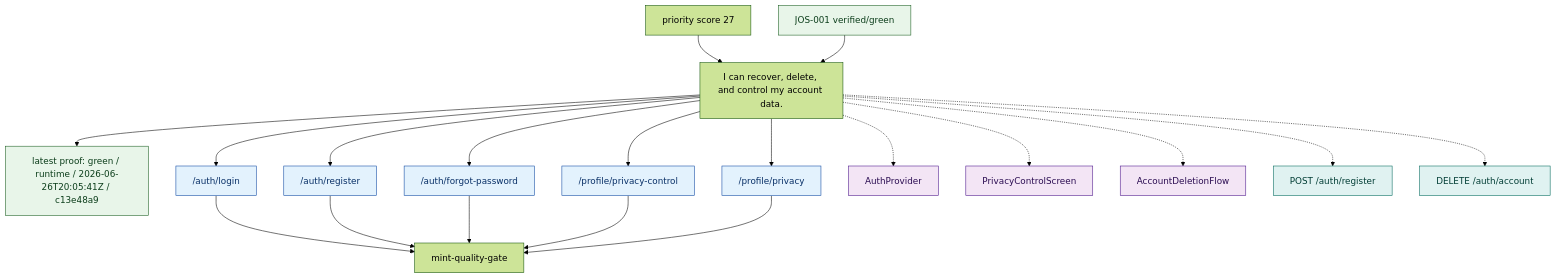
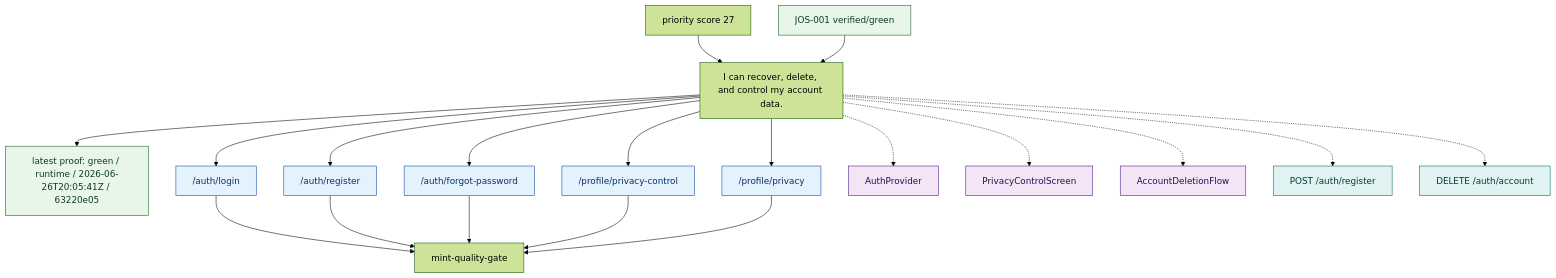
One commit to MINT-IA/MINT changed the diagram in .planning/journeys/diagrams/account_lifecycle_delete.mmd. Above: the diagram before and after it, drawn with Mermaid (forest theme). The commit also changed 10 other files, not shown here.

```diff
--- a/.planning/journeys/diagrams/account_lifecycle_delete.mmd
+++ b/.planning/journeys/diagrams/account_lifecycle_delete.mmd
@@ -1,55 +1,55 @@
 %% Generated from .planning/journeys/records/account_lifecycle_delete.json
 flowchart TD
   promise["I can recover, delete, and control my account data."]
   team["mint-quality-gate"]
-  latest["latest proof: green / runtime / 2026-06-26T20:05:41Z / c13e48a9"]
+  latest["latest proof: green / runtime / 2026-06-26T20:05:41Z / 63220e05"]
   promise --> latest
   classDef green fill:#e8f5e9,stroke:#1b5e20,color:#0b3d1a;
   classDef red fill:#ffebee,stroke:#b71c1c,color:#5f1111;
   classDef amber fill:#fff8e1,stroke:#ff8f00,color:#5f3b00;
   classDef blocked fill:#eceff1,stroke:#455a64,color:#263238;
   classDef neutral fill:#f5f5f5,stroke:#616161,color:#212121;
   classDef route fill:#e3f2fd,stroke:#0d47a1,color:#082f66;
   classDef surface fill:#f3e5f5,stroke:#4a148c,color:#2b0d52;
   classDef api fill:#e0f2f1,stroke:#00695c,color:#003d35;
   class latest green
   priority["priority score 27"]
   priority --> promise
   route_auth_login["/auth/login"]
   promise --> route_auth_login
   route_auth_login --> team
   class route_auth_login route
   route_auth_register["/auth/register"]
   promise --> route_auth_register
   route_auth_register --> team
   class route_auth_register route
   route_auth_forgot_password["/auth/forgot-password"]
   promise --> route_auth_forgot_password
   route_auth_forgot_password --> team
   class route_auth_forgot_password route
   route_profile_privacy_control["/profile/privacy-control"]
   promise --> route_profile_privacy_control
   route_profile_privacy_control --> team
   class route_profile_privacy_control route
   route_profile_privacy["/profile/privacy"]
   promise --> route_profile_privacy
   route_profile_privacy --> team
   class route_profile_privacy route
   surface_AuthProvider["AuthProvider"]
   promise -.-> surface_AuthProvider
   class surface_AuthProvider surface
   surface_PrivacyControlScreen["PrivacyControlScreen"]
   promise -.-> surface_PrivacyControlScreen
   class surface_PrivacyControlScreen surface
   surface_AccountDeletionFlow["AccountDeletionFlow"]
   promise -.-> surface_AccountDeletionFlow
   class surface_AccountDeletionFlow surface
   api_POST_auth_register["POST /auth/register"]
   promise -.-> api_POST_auth_register
   class api_POST_auth_register api
   api_DELETE_auth_account["DELETE /auth/account"]
   promise -.-> api_DELETE_auth_account
   class api_DELETE_auth_account api
   issue_JOS_001["JOS-001 verified/green"]
   issue_JOS_001 --> promise
   class issue_JOS_001 green
```
